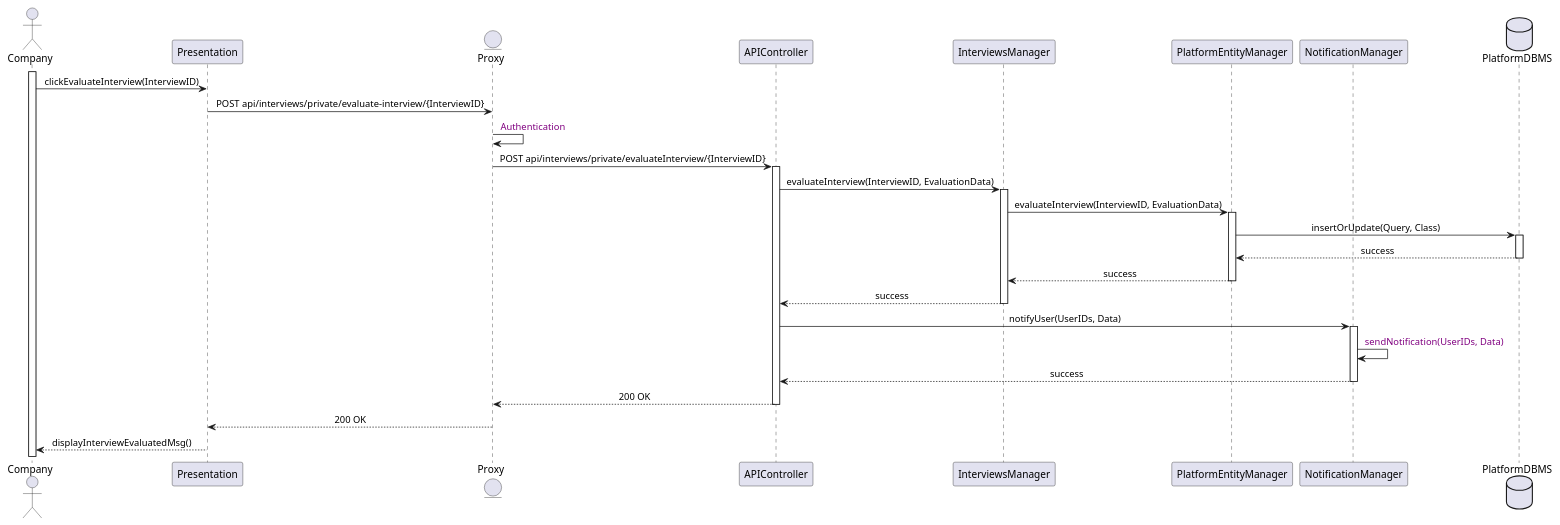
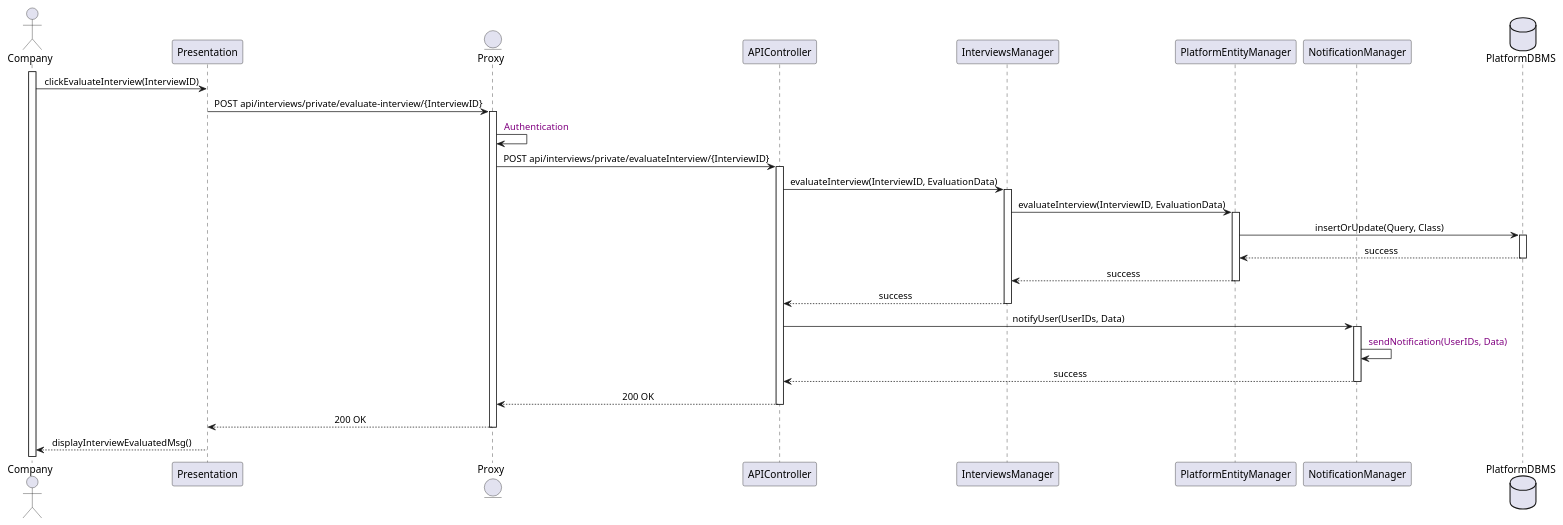
Before and after one commit to Slaitroc/RicciPaoliGrisoni: the diagram in Diagrams/SequenceDiagrams/DD/12CompanyEvaluatesInterview.wsd, drawn with PlantUML. The commit also changed 7 other files, not shown here.

Commit message:
Minor DD Sequences Fixes

```diff
--- a/Diagrams/SequenceDiagrams/DD/12CompanyEvaluatesInterview.wsd
+++ b/Diagrams/SequenceDiagrams/DD/12CompanyEvaluatesInterview.wsd
@@ -1,41 +1,42 @@
 @startuml CompanyEvaluatesInterview
 skinparam sequenceMessageAlign center
 actor       Company
 participant Presentation
 entity      Proxy
 participant APIController
 participant InterviewsManager
 participant PlatformEntityManager
 participant NotificationManager 
 database    PlatformDBMS
 
 activate Company
 Company -> Presentation : clickEvaluateInterview(InterviewID)
 Presentation -> Proxy : POST api/interviews/private/evaluate-interview/{InterviewID}
+activate Proxy
 Proxy -> Proxy : <color:purple> Authentication
 Proxy -> APIController : POST api/interviews/private/evaluateInterview/{InterviewID}
 activate APIController
 APIController -> InterviewsManager : evaluateInterview(InterviewID, EvaluationData)
 activate InterviewsManager
 InterviewsManager -> PlatformEntityManager : evaluateInterview(InterviewID, EvaluationData)
 activate PlatformEntityManager
 PlatformEntityManager -> PlatformDBMS : insertOrUpdate(Query, Class)
 activate PlatformDBMS
 PlatformDBMS --> PlatformEntityManager : success
 deactivate PlatformDBMS
 PlatformEntityManager --> InterviewsManager : success
 deactivate PlatformEntityManager
 InterviewsManager --> APIController : success
 deactivate InterviewsManager
 APIController -> NotificationManager : notifyUser(UserIDs, Data)
 activate NotificationManager
 NotificationManager -> NotificationManager : <color:purple> sendNotification(UserIDs, Data)
 NotificationManager --> APIController : success
 deactivate NotificationManager
 APIController --> Proxy : 200 OK
 deactivate APIController
 Proxy --> Presentation : 200 OK
 deactivate Proxy
 Presentation --> Company : displayInterviewEvaluatedMsg()
 deactivate Presentation
 @enduml
```
